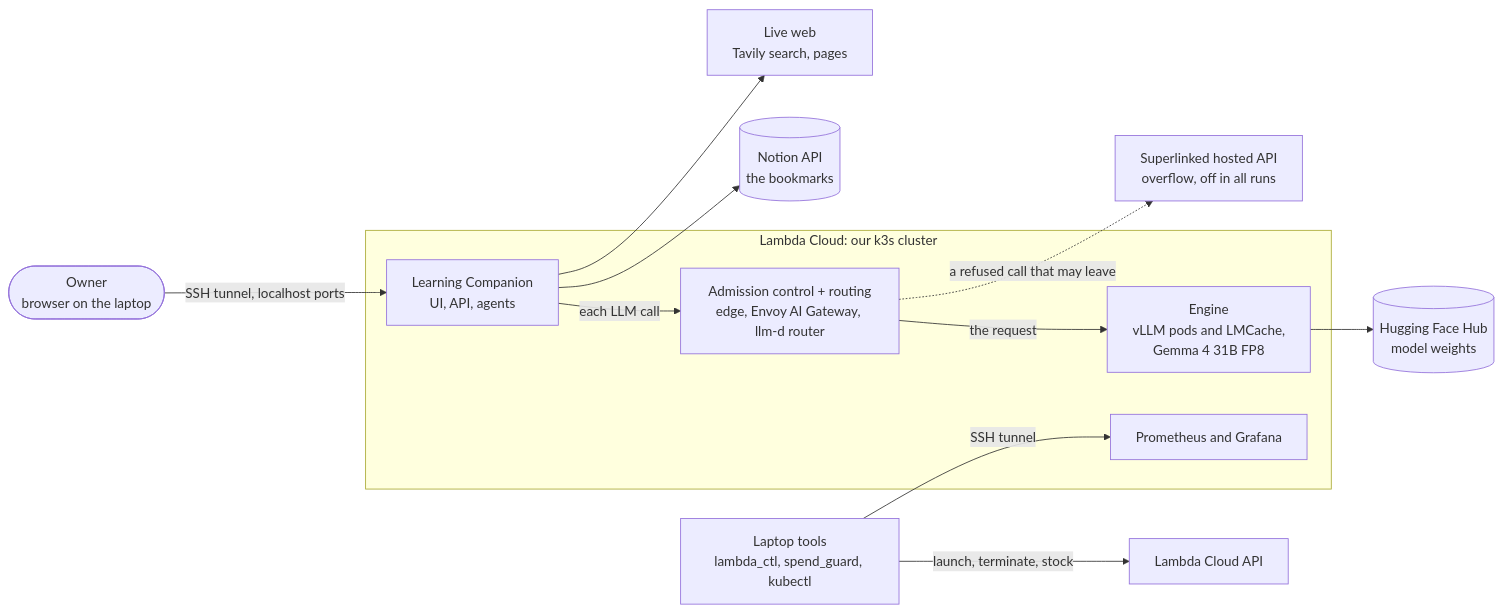
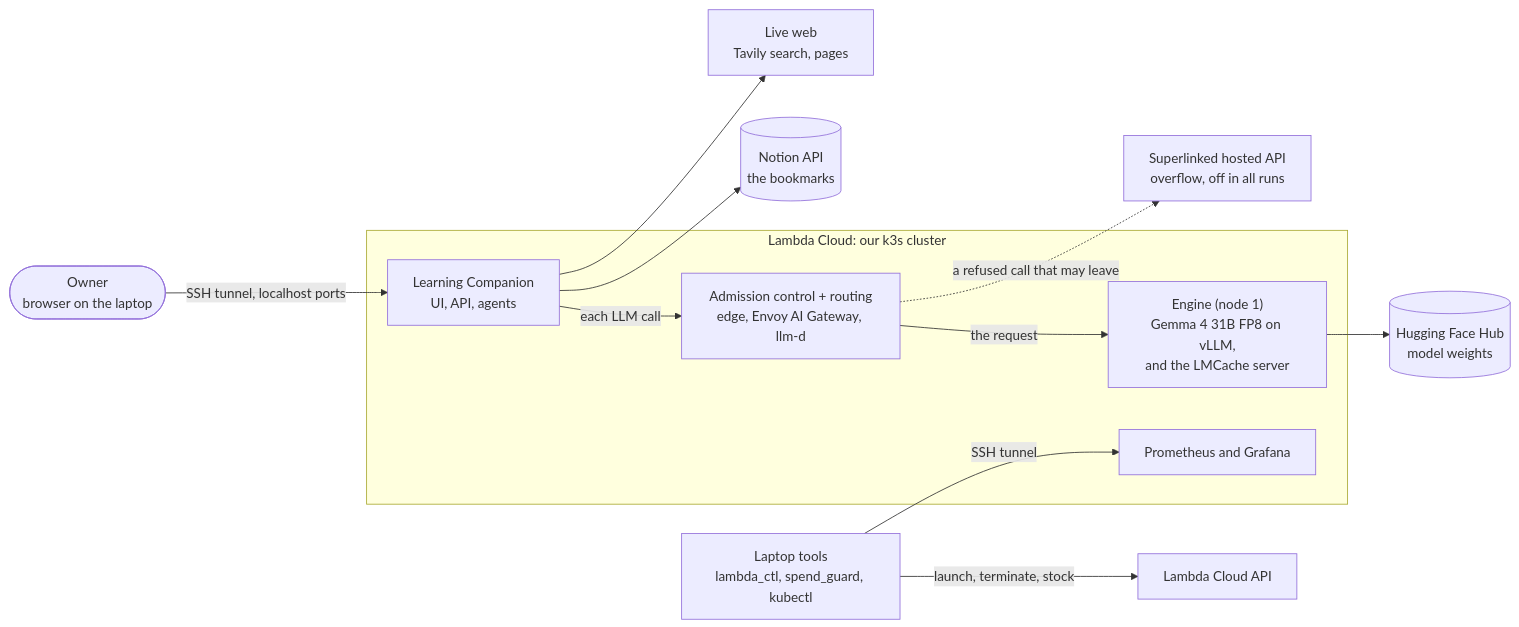
One commit to chetananand/learning-companion-serving changed the first of 13 diagrams in docs/spec/09-architecture.md. Above: the diagram before and after it, drawn with Mermaid. The commit also changed other lines of this file and 4 other files, not shown here.

First line of the commit message:
Docs: one architecture, with the names of the slide diagram everywhere

````diff
--- a/docs/spec/09-architecture.md
+++ b/docs/spec/09-architecture.md
@@ -11,24 +17,24 @@
 ```mermaid
 flowchart LR
   owner([Owner<br/>browser on the laptop])
   subgraph lambda[Lambda Cloud: our k3s cluster]
     app[Learning Companion<br/>UI, API, agents]
-    acr[Admission control + routing<br/>edge, Envoy AI Gateway, llm-d router]
-    eng[Engine<br/>vLLM pods and LMCache,<br/>Gemma 4 31B FP8]
+    acr[Admission control + routing<br/>edge, Envoy AI Gateway, llm-d]
+    eng["Engine (node 1)<br/>Gemma 4 31B FP8 on vLLM,<br/>and the LMCache server"]
     obs[Prometheus and Grafana]
   end
   notion[(Notion API<br/>the bookmarks)]
   web[Live web<br/>Tavily search, pages]
   hf[(Hugging Face Hub<br/>model weights)]
   ovf[Superlinked hosted API<br/>overflow, off in all runs]
   laptop[Laptop tools<br/>lambda_ctl, spend_guard, kubectl]
   lapi[Lambda Cloud API]
   owner -->|SSH tunnel, localhost ports| app
   app -->|each LLM call| acr -->|the request| eng
   acr -.->|a refused call that may leave| ovf
   app --> notion
   app --> web
   eng --> hf
   laptop -->|launch, terminate, stock| lapi
   laptop -->|SSH tunnel| obs
 ```
````
